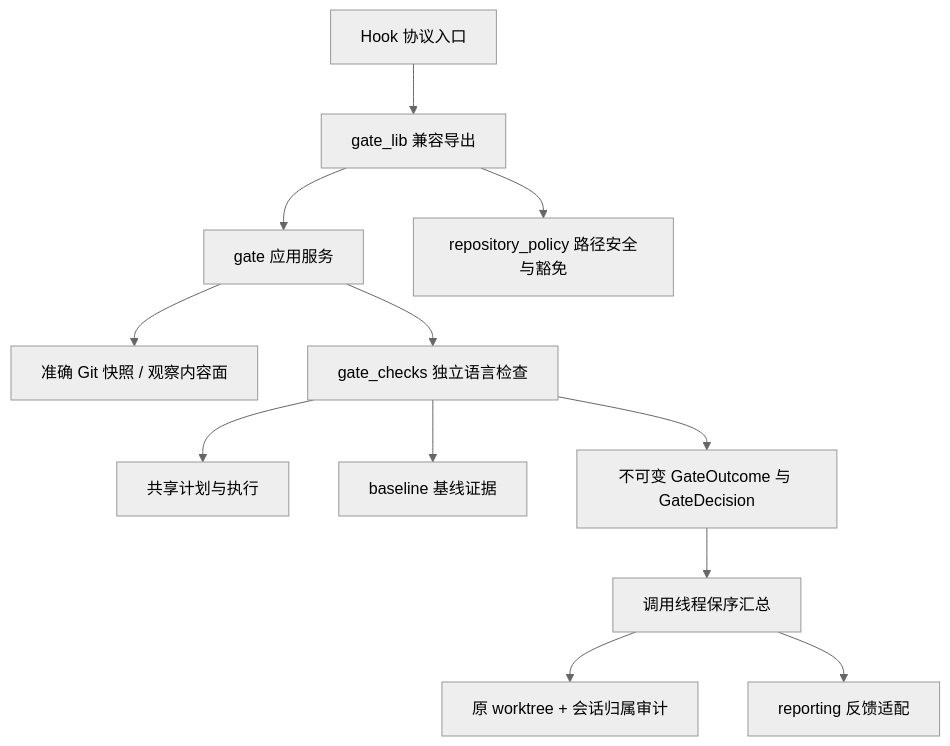
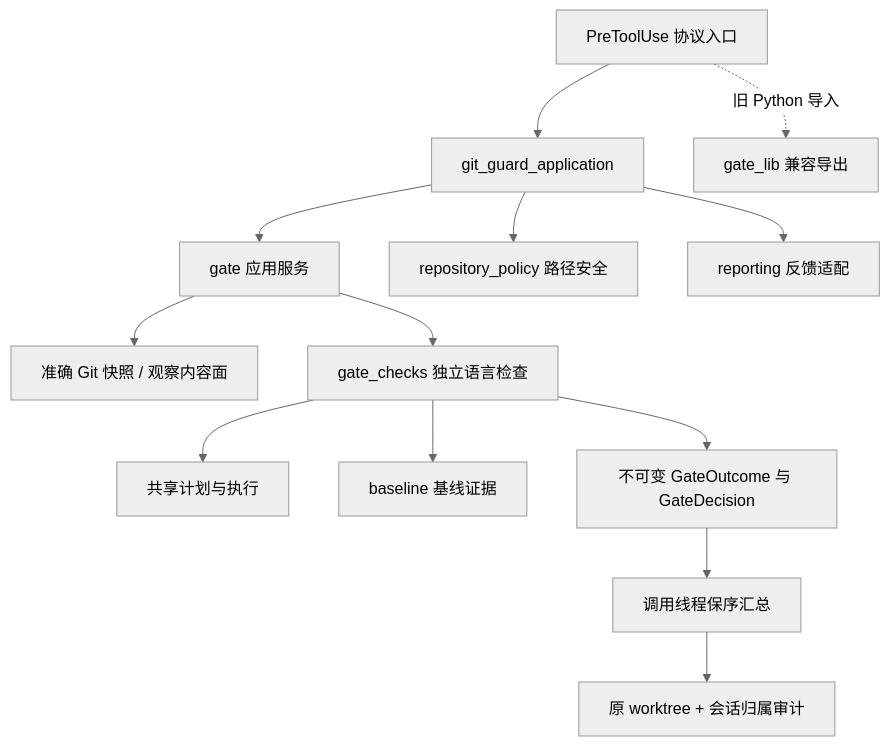
Before and after one commit to full-stack-plugins/codeguard-plugin: the second of 5 diagrams in openspec/changes/refactor-codeguard-architecture/design.md, drawn with Mermaid (neutral theme). The commit also changed other lines of this file and 18 other files, not shown here.

````diff
--- a/openspec/changes/refactor-codeguard-architecture/design.md
+++ b/openspec/changes/refactor-codeguard-architecture/design.md
@@ -141,14 +143,15 @@
 ```mermaid
 flowchart TD
-    Hook[Hook 协议入口] --> Compat[gate_lib 兼容导出]
-    Compat --> Gate[gate 应用服务]
+    Hook[PreToolUse 协议入口] --> GitApp[git_guard_application]
+    Hook -. 旧 Python 导入 .-> Compat[gate_lib 兼容导出]
+    GitApp --> Gate[gate 应用服务]
+    GitApp --> Safety[repository_policy 路径安全]
     Gate --> Snapshot[准确 Git 快照 / 观察内容面]
     Gate --> Checks[gate_checks 独立语言检查]
     Checks --> Plan[共享计划与执行]
     Checks --> Baseline[baseline 基线证据]
     Checks --> Outcome[不可变 GateOutcome 与 GateDecision]
     Outcome --> Merge[调用线程保序汇总]
     Merge --> Audit[原 worktree + 会话归属审计]
-    Merge --> Report[reporting 反馈适配]
-    Compat --> Safety[repository_policy 路径安全与豁免]
+    GitApp --> Report[reporting 反馈适配]
 ```
````
